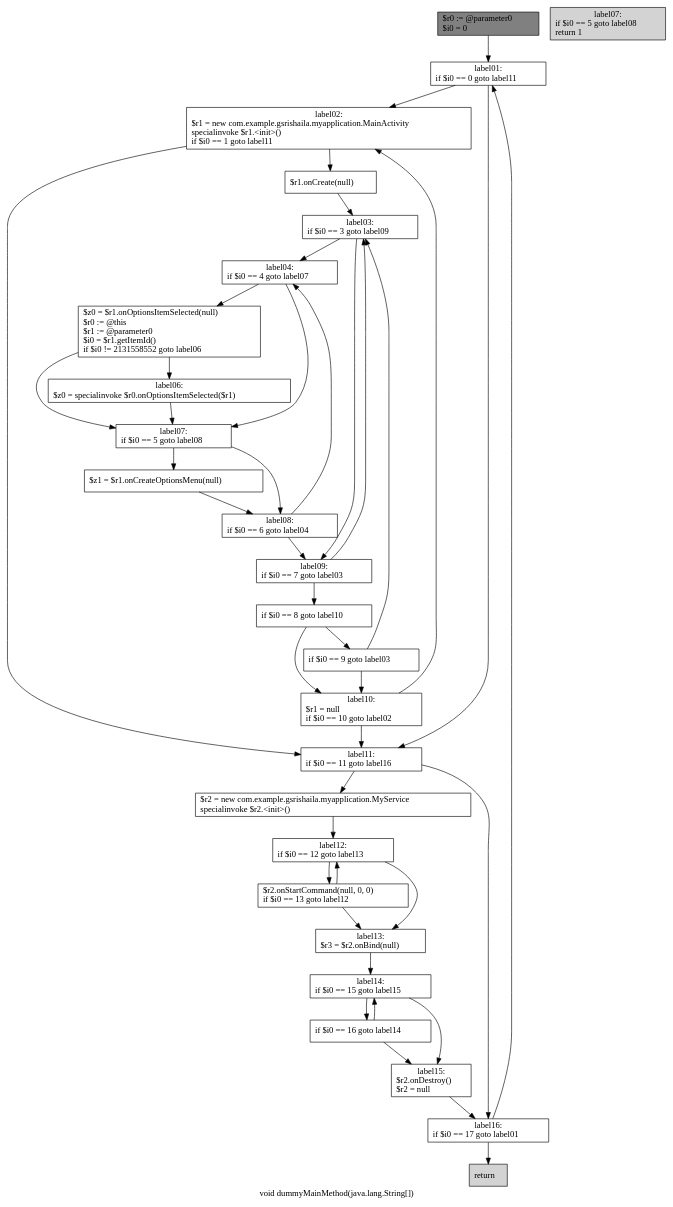
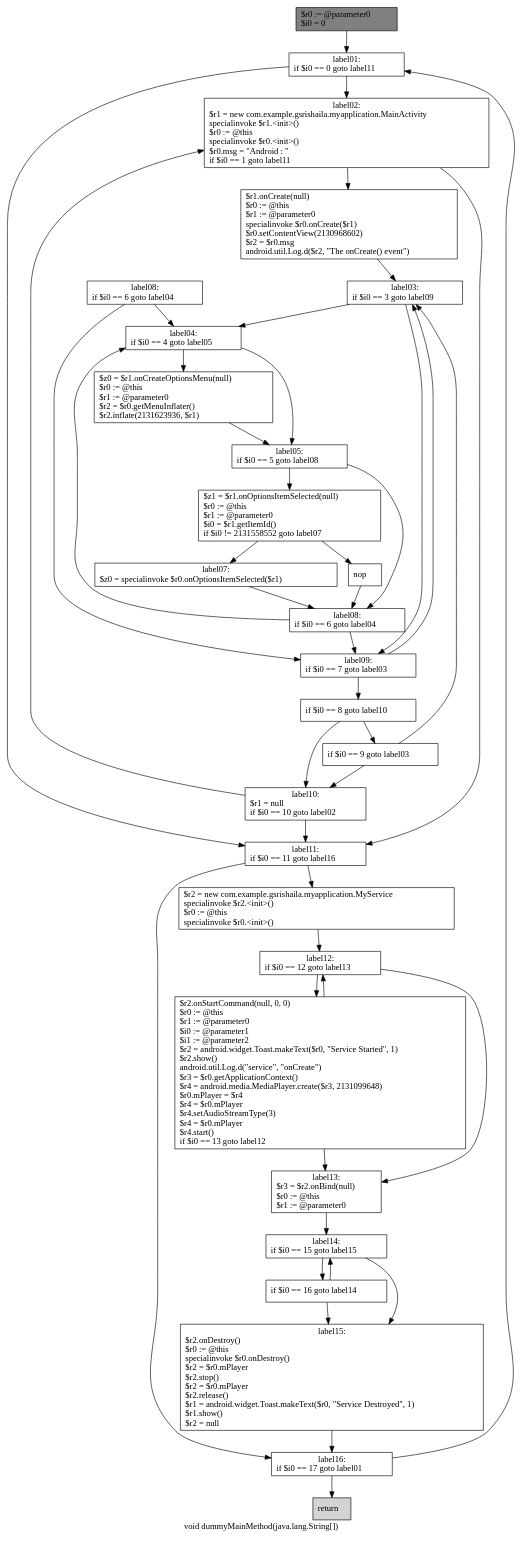
Before and after one commit to gsrishaila/summer: the diagram in soot-infoflow-android-develop/<dummyMainClass: void dummyMainMethod(java.lang.String[])>.dot, drawn with Graphviz. The commit also changed 4 other files, not shown here.

```diff
--- a/soot-infoflow-android-develop/<dummyMainClass: void dummyMainMethod(java.lang.String[])>.dot
+++ b/soot-infoflow-android-develop/<dummyMainClass: void dummyMainMethod(java.lang.String[])>.dot
@@ -1,71 +1,75 @@
 digraph "void dummyMainMethod(java.lang.String[])" {
     label="void dummyMainMethod(java.lang.String[])";
     node [shape=box];
     "0" [style=filled,fillcolor=gray,label="$r0 := @parameter0\l$i0 = 0\l",];
     "1" [label="label01:\nif $i0 == 0 goto label11\l",];
     "0"->"1";
-    "2" [label="label02:\n$r1 = new com.example.gsrishaila.myapplication.MainActivity\lspecialinvoke $r1.<init>()\lif $i0 == 1 goto label11\l",];
+    "2" [label="label02:\n$r1 = new com.example.gsrishaila.myapplication.MainActivity\lspecialinvoke $r1.<init>()\l$r0 := @this\lspecialinvoke $r0.<init>()\l$r0.msg = \"Android : \"\lif $i0 == 1 goto label11\l",];
     "1"->"2";
-    "16" [label="label11:\nif $i0 == 11 goto label16\l",];
-    "1"->"16";
-    "3" [label="$r1.onCreate(null)\l",];
+    "17" [label="label11:\nif $i0 == 11 goto label16\l",];
+    "1"->"17";
+    "3" [label="$r1.onCreate(null)\l$r0 := @this\l$r1 := @parameter0\lspecialinvoke $r0.onCreate($r1)\l$r0.setContentView(2130968602)\l$r2 = $r0.msg\landroid.util.Log.d($r2, \"The onCreate() event\")\l",];
     "2"->"3";
-    "2"->"16";
+    "2"->"17";
     "4" [label="label03:\nif $i0 == 3 goto label09\l",];
     "3"->"4";
-    "5" [label="label04:\nif $i0 == 4 goto label07\l",];
+    "5" [label="label04:\nif $i0 == 4 goto label05\l",];
     "4"->"5";
-    "12" [label="label09:\nif $i0 == 7 goto label03\l",];
-    "4"->"12";
-    "6" [label="$z0 = $r1.onOptionsItemSelected(null)\l$r0 := @this\l$r1 := @parameter0\l$i0 = $r1.getItemId()\lif $i0 != 2131558552 goto label06\l",];
+    "13" [label="label09:\nif $i0 == 7 goto label03\l",];
+    "4"->"13";
+    "6" [label="$z0 = $r1.onCreateOptionsMenu(null)\l$r0 := @this\l$r1 := @parameter0\l$r2 = $r0.getMenuInflater()\l$r2.inflate(2131623936, $r1)\l",];
     "5"->"6";
-    "9" [label="label07:\nif $i0 == 5 goto label08\l",];
-    "5"->"9";
-    "8" [label="label06:\n$z0 = specialinvoke $r0.onOptionsItemSelected($r1)\l",];
-    "6"->"8";
-    "6"->"9";
-    "7" [style=filled,fillcolor=lightgray,label="label07:\nif $i0 == 5 goto label08\lreturn 1\l",];
+    "7" [label="label05:\nif $i0 == 5 goto label08\l",];
+    "5"->"7";
+    "6"->"7";
+    "8" [label="$z1 = $r1.onOptionsItemSelected(null)\l$r0 := @this\l$r1 := @parameter0\l$i0 = $r1.getItemId()\lif $i0 != 2131558552 goto label07\l",];
+    "7"->"8";
+    "12" [label="label08:\nif $i0 == 6 goto label04\l",];
+    "7"->"12";
+    "9" [label="nop\l",];
     "8"->"9";
-    "10" [label="$z1 = $r1.onCreateOptionsMenu(null)\l",];
-    "9"->"10";
-    "11" [label="label08:\nif $i0 == 6 goto label04\l",];
-    "9"->"11";
-    "10"->"11";
-    "11"->"5";
+    "11" [label="label07:\n$z0 = specialinvoke $r0.onOptionsItemSelected($r1)\l",];
+    "8"->"11";
+    "9"->"12";
+    "10" [label="label08:\nif $i0 == 6 goto label04\l",];
+    "10"->"5";
+    "10"->"13";
     "11"->"12";
-    "12"->"4";
-    "13" [label="if $i0 == 8 goto label10\l",];
+    "12"->"5";
     "12"->"13";
-    "14" [label="if $i0 == 9 goto label03\l",];
+    "13"->"4";
+    "14" [label="if $i0 == 8 goto label10\l",];
     "13"->"14";
-    "15" [label="label10:\n$r1 = null\lif $i0 == 10 goto label02\l",];
-    "13"->"15";
-    "14"->"4";
+    "15" [label="if $i0 == 9 goto label03\l",];
     "14"->"15";
-    "15"->"2";
+    "16" [label="label10:\n$r1 = null\lif $i0 == 10 goto label02\l",];
+    "14"->"16";
+    "15"->"4";
     "15"->"16";
-    "17" [label="$r2 = new com.example.gsrishaila.myapplication.MyService\lspecialinvoke $r2.<init>()\l",];
+    "16"->"2";
     "16"->"17";
-    "24" [label="label16:\nif $i0 == 17 goto label01\l",];
-    "16"->"24";
-    "18" [label="label12:\nif $i0 == 12 goto label13\l",];
+    "18" [label="$r2 = new com.example.gsrishaila.myapplication.MyService\lspecialinvoke $r2.<init>()\l$r0 := @this\lspecialinvoke $r0.<init>()\l",];
     "17"->"18";
-    "19" [label="$r2.onStartCommand(null, 0, 0)\lif $i0 == 13 goto label12\l",];
+    "25" [label="label16:\nif $i0 == 17 goto label01\l",];
+    "17"->"25";
+    "19" [label="label12:\nif $i0 == 12 goto label13\l",];
     "18"->"19";
-    "20" [label="label13:\n$r3 = $r2.onBind(null)\l",];
-    "18"->"20";
-    "19"->"18";
+    "20" [label="$r2.onStartCommand(null, 0, 0)\l$r0 := @this\l$r1 := @parameter0\l$i0 := @parameter1\l$i1 := @parameter2\l$r2 = android.widget.Toast.makeText($r0, \"Service Started\", 1)\l$r2.show()\landroid.util.Log.d(\"service\", \"onCreate\")\l$r3 = $r0.getApplicationContext()\l$r4 = android.media.MediaPlayer.create($r3, 2131099648)\l$r0.mPlayer = $r4\l$r4 = $r0.mPlayer\l$r4.setAudioStreamType(3)\l$r4 = $r0.mPlayer\l$r4.start()\lif $i0 == 13 goto label12\l",];
     "19"->"20";
-    "21" [label="label14:\nif $i0 == 15 goto label15\l",];
+    "21" [label="label13:\n$r3 = $r2.onBind(null)\l$r0 := @this\l$r1 := @parameter0\l",];
+    "19"->"21";
+    "20"->"19";
     "20"->"21";
-    "22" [label="if $i0 == 16 goto label14\l",];
+    "22" [label="label14:\nif $i0 == 15 goto label15\l",];
     "21"->"22";
-    "23" [label="label15:\n$r2.onDestroy()\l$r2 = null\l",];
-    "21"->"23";
-    "22"->"21";
+    "23" [label="if $i0 == 16 goto label14\l",];
     "22"->"23";
+    "24" [label="label15:\n$r2.onDestroy()\l$r0 := @this\lspecialinvoke $r0.onDestroy()\l$r2 = $r0.mPlayer\l$r2.stop()\l$r2 = $r0.mPlayer\l$r2.release()\l$r1 = android.widget.Toast.makeText($r0, \"Service Destroyed\", 1)\l$r1.show()\l$r2 = null\l",];
+    "22"->"24";
+    "23"->"22";
     "23"->"24";
-    "24"->"1";
-    "25" [style=filled,fillcolor=lightgray,label="return\l",];
     "24"->"25";
+    "25"->"1";
+    "26" [style=filled,fillcolor=lightgray,label="return\l",];
+    "25"->"26";
 }
```
